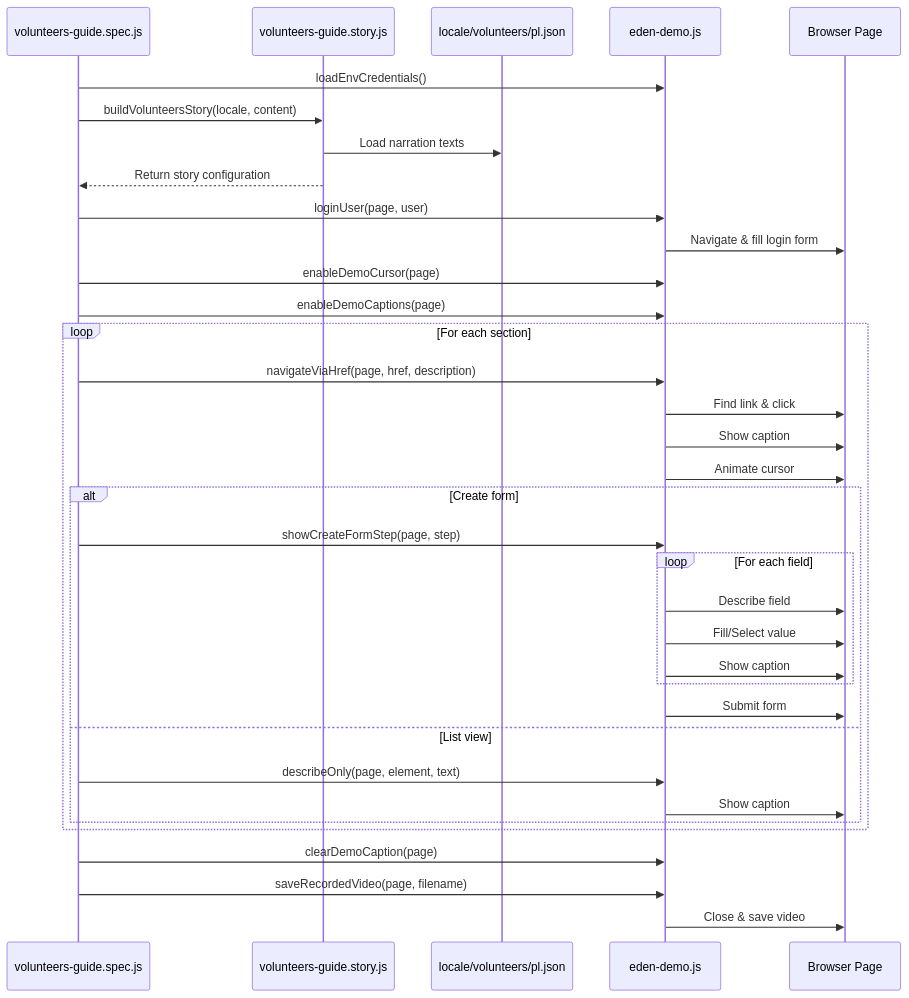
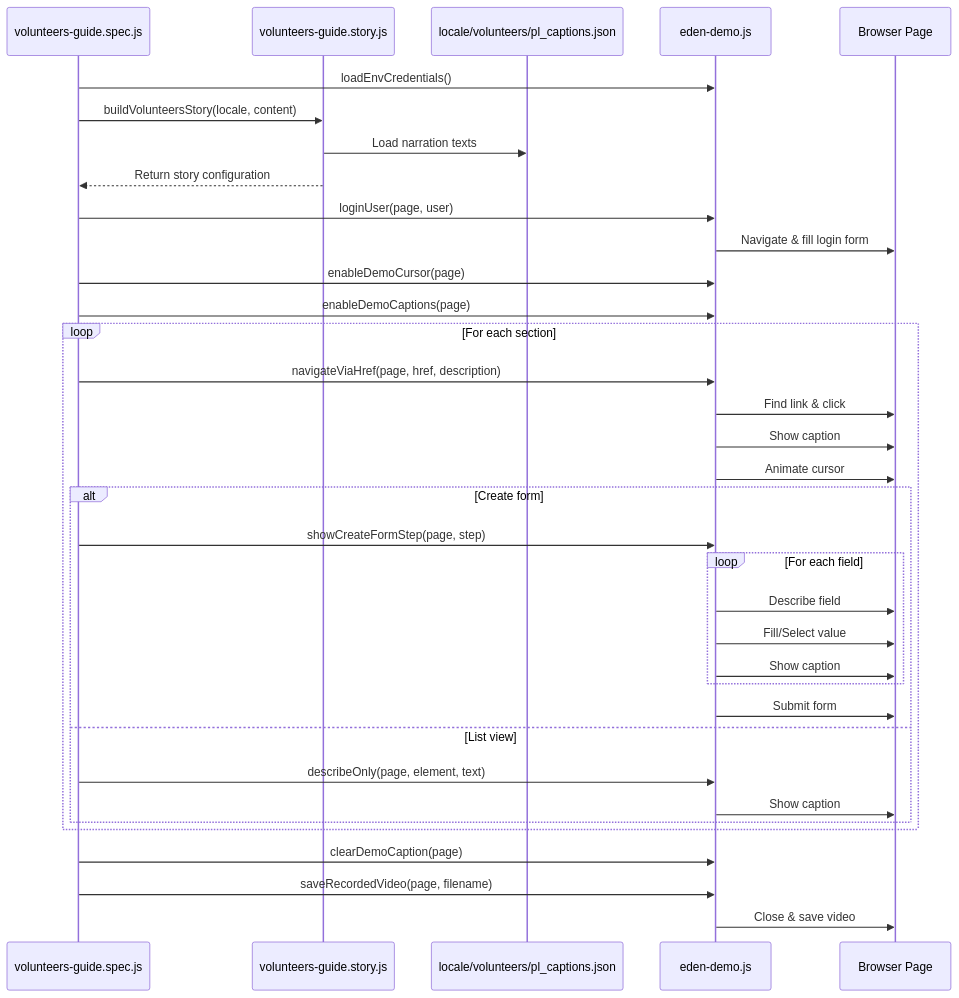
One commit to CezarySzukiel/eden-demo-recorder changed the second of 3 diagrams in VOLUNTEERS_RECORDING_ARCHITECTURE.md. Above: the diagram before and after it, drawn with Mermaid. The commit also changed other lines of this file and 25 other files, not shown here.

````diff
--- a/VOLUNTEERS_RECORDING_ARCHITECTURE.md
+++ b/VOLUNTEERS_RECORDING_ARCHITECTURE.md
@@ -113,43 +114,43 @@
 ```mermaid
 sequenceDiagram
     participant Test as volunteers-guide.spec.js
     participant Story as volunteers-guide.story.js
-    participant Locale as locale/volunteers/pl.json
+    participant Locale as locale/volunteers/pl_captions.json
     participant Helpers as eden-demo.js
     participant Page as Browser Page
     
     Test->>Helpers: loadEnvCredentials()
     Test->>Story: buildVolunteersStory(locale, content)
     Story->>Locale: Load narration texts
     Story-->>Test: Return story configuration
     
     Test->>Helpers: loginUser(page, user)
     Helpers->>Page: Navigate & fill login form
     
     Test->>Helpers: enableDemoCursor(page)
     Test->>Helpers: enableDemoCaptions(page)
     
     loop For each section
         Test->>Helpers: navigateViaHref(page, href, description)
         Helpers->>Page: Find link & click
         Helpers->>Page: Show caption
         Helpers->>Page: Animate cursor
         
         alt Create form
             Test->>Helpers: showCreateFormStep(page, step)
             loop For each field
                 Helpers->>Page: Describe field
                 Helpers->>Page: Fill/Select value
                 Helpers->>Page: Show caption
             end
             Helpers->>Page: Submit form
         else List view
             Test->>Helpers: describeOnly(page, element, text)
             Helpers->>Page: Show caption
         end
     end
     
     Test->>Helpers: clearDemoCaption(page)
     Test->>Helpers: saveRecordedVideo(page, filename)
     Helpers->>Page: Close & save video
 ```
````
